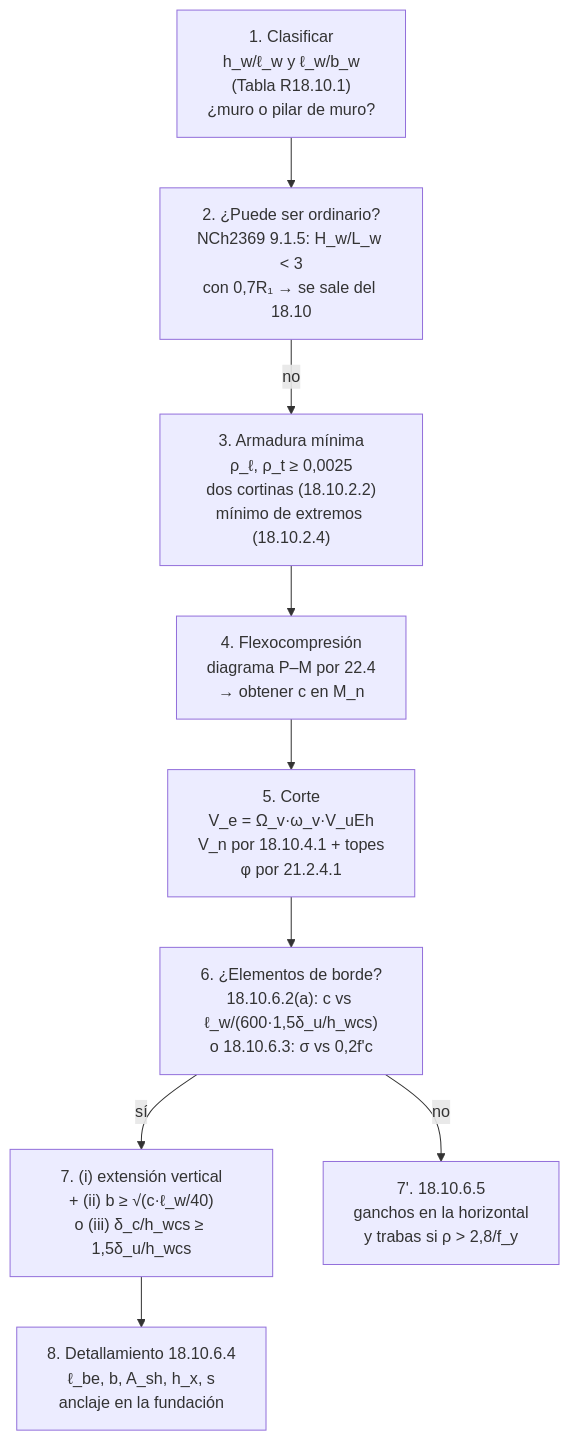
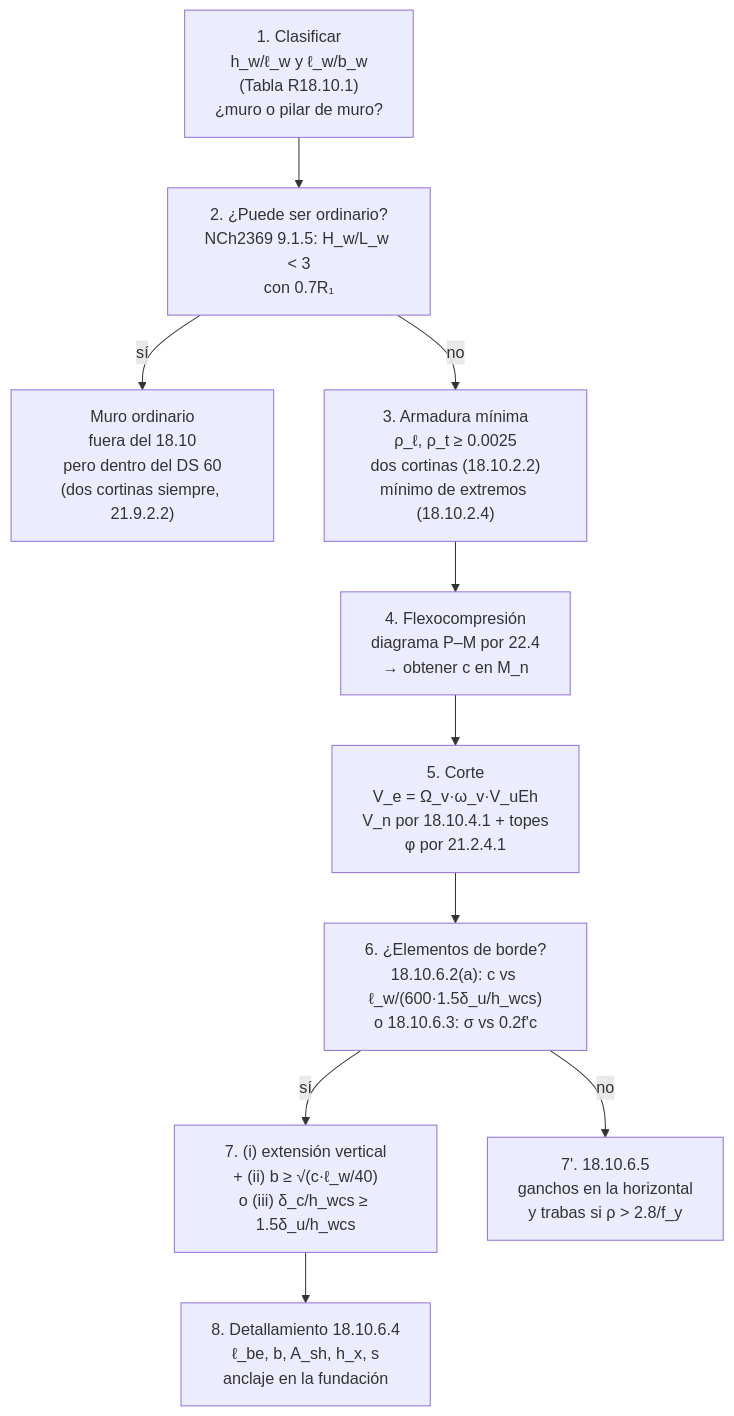
The diagram in src/content/hormigon/aci318-25-cap18-sismorresistente.mdx (fcocarrascob/fcocarrascob.github.io), drawn with Mermaid before and after one commit. The commit also changed other lines of this file and 4 other files, not shown here.

````diff
--- a/src/content/hormigon/aci318-25-cap18-sismorresistente.mdx
+++ b/src/content/hormigon/aci318-25-cap18-sismorresistente.mdx
@@ -407,11 +509,12 @@
 ```mermaid
 flowchart TD
-    A["1. Clasificar<br/>h_w/ℓ_w y ℓ_w/b_w<br/>(Tabla R18.10.1)<br/>¿muro o pilar de muro?"] --> B["2. ¿Puede ser ordinario?<br/>NCh2369 9.1.5: H_w/L_w &lt; 3<br/>con 0,7R₁ → se sale del 18.10"]
-    B -- "no" --> C["3. Armadura mínima<br/>ρ_ℓ, ρ_t ≥ 0,0025<br/>dos cortinas (18.10.2.2)<br/>mínimo de extremos (18.10.2.4)"]
+    A["1. Clasificar<br/>h_w/ℓ_w y ℓ_w/b_w<br/>(Tabla R18.10.1)<br/>¿muro o pilar de muro?"] --> B["2. ¿Puede ser ordinario?<br/>NCh2369 9.1.5: H_w/L_w &lt; 3<br/>con 0.7R₁"]
+    B -- "sí" --> Z["Muro ordinario<br/>fuera del 18.10<br/>pero dentro del DS 60<br/>(dos cortinas siempre, 21.9.2.2)"]
+    B -- "no" --> C["3. Armadura mínima<br/>ρ_ℓ, ρ_t ≥ 0.0025<br/>dos cortinas (18.10.2.2)<br/>mínimo de extremos (18.10.2.4)"]
     C --> D["4. Flexocompresión<br/>diagrama P–M por 22.4<br/>→ obtener c en M_n"]
     D --> E["5. Corte<br/>V_e = Ω_v·ω_v·V_uEh<br/>V_n por 18.10.4.1 + topes<br/>φ por 21.2.4.1"]
-    E --> F["6. ¿Elementos de borde?<br/>18.10.6.2(a): c vs ℓ_w/(600·1,5δ_u/h_wcs)<br/>o 18.10.6.3: σ vs 0,2f'c"]
-    F -- "sí" --> G["7. (i) extensión vertical<br/>+ (ii) b ≥ √(c·ℓ_w/40)<br/>o (iii) δ_c/h_wcs ≥ 1,5δ_u/h_wcs"]
+    E --> F["6. ¿Elementos de borde?<br/>18.10.6.2(a): c vs ℓ_w/(600·1.5δ_u/h_wcs)<br/>o 18.10.6.3: σ vs 0.2f'c"]
+    F -- "sí" --> G["7. (i) extensión vertical<br/>+ (ii) b ≥ √(c·ℓ_w/40)<br/>o (iii) δ_c/h_wcs ≥ 1.5δ_u/h_wcs"]
     G --> H["8. Detallamiento 18.10.6.4<br/>ℓ_be, b, A_sh, h_x, s<br/>anclaje en la fundación"]
-    F -- "no" --> I["7'. 18.10.6.5<br/>ganchos en la horizontal<br/>y trabas si ρ &gt; 2,8/f_y"]
+    F -- "no" --> I["7'. 18.10.6.5<br/>ganchos en la horizontal<br/>y trabas si ρ &gt; 2.8/f_y"]
 ```
````
